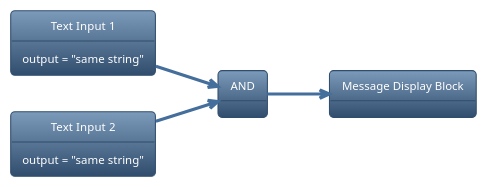
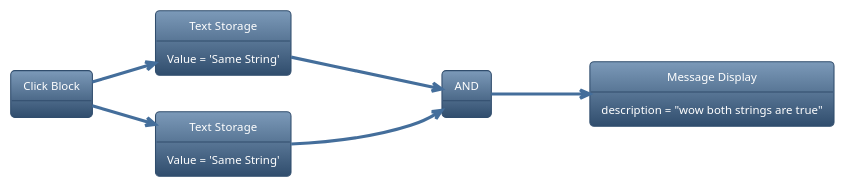
One commit to chokes-Web-Repositories/Wubby-WikiJS changed the first of 4 diagrams in Logic.md. Above: the diagram before and after it, drawn with PlantUML. The commit also changed other lines of this file, not shown here.

````diff
--- a/Logic.md
+++ b/Logic.md
@@ -132,17 +132,21 @@
 ```plantuml
 @startuml
 !theme spacelab
 left to right direction
-object "Text Input 1" as TI 
-object "Text Input 2" as TI2
+object "Click Block" as CB
+object "Text Storage" as TI 
+object "Text Storage" as TI2
 object AND
-object "Message Display Block" as MD
+object "Message Display" as MD
 
-TI : output = "same string"
-TI2 : output = "same string"
+MD : description = "wow both strings are true"
+TI : Value = 'Same String'
+TI2 : Value = 'Same String'
 
-TI --> AND
-TI2 --> AND
-AND --> MD
+CB --> TI
+CB --> TI2
+TI --> AND : 'Same String'
+TI2 --> AND : 'Same String'
+AND --> MD : true
 @enduml
 ```
````
